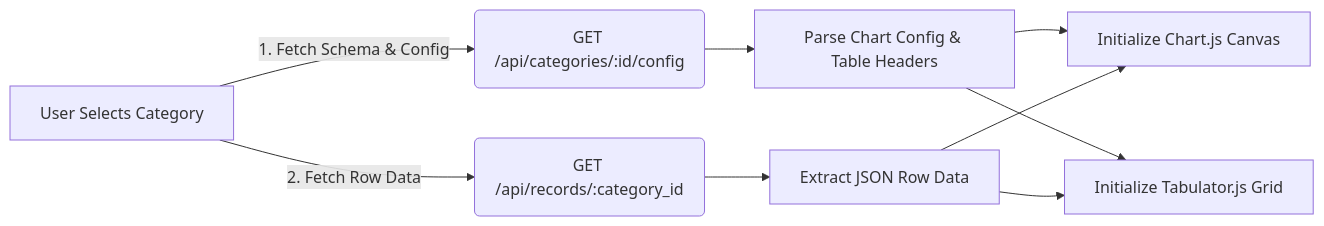
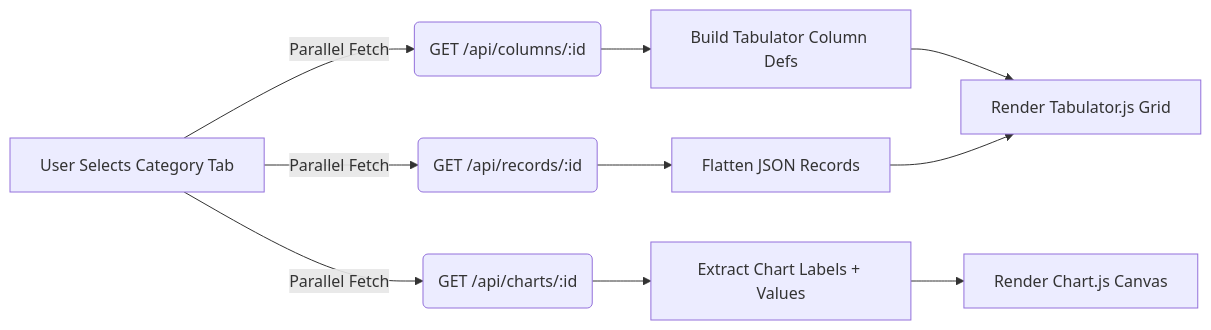
One commit to emenace/stat-pview changed the third of 3 diagrams in architecture.md. Above: the diagram before and after it, drawn with Mermaid. The commit also changed other lines of this file and 10 other files, not shown here.

````diff
--- a/architecture.md
+++ b/architecture.md
@@ -134,9 +133,11 @@
 ```mermaid
 flowchart LR
-    A[User Selects Category] -->|1. Fetch Schema & Config| B(GET /api/categories/:id/config)
-    A -->|2. Fetch Row Data| C(GET /api/records/:category_id)
-    B --> D[Parse Chart Config & Table Headers]
-    C --> E[Extract JSON Row Data]
-    D & E --> F[Initialize Chart.js Canvas]
-    D & E --> G[Initialize Tabulator.js Grid]
+    A[User Selects Category Tab] -->|Parallel Fetch| B(GET /api/columns/:id)
+    A -->|Parallel Fetch| C(GET /api/records/:id)
+    A -->|Parallel Fetch| D(GET /api/charts/:id)
+    B --> E[Build Tabulator Column Defs]
+    C --> F[Flatten JSON Records]
+    D --> G[Extract Chart Labels + Values]
+    E & F --> H[Render Tabulator.js Grid]
+    G --> I[Render Chart.js Canvas]
 ```
````
